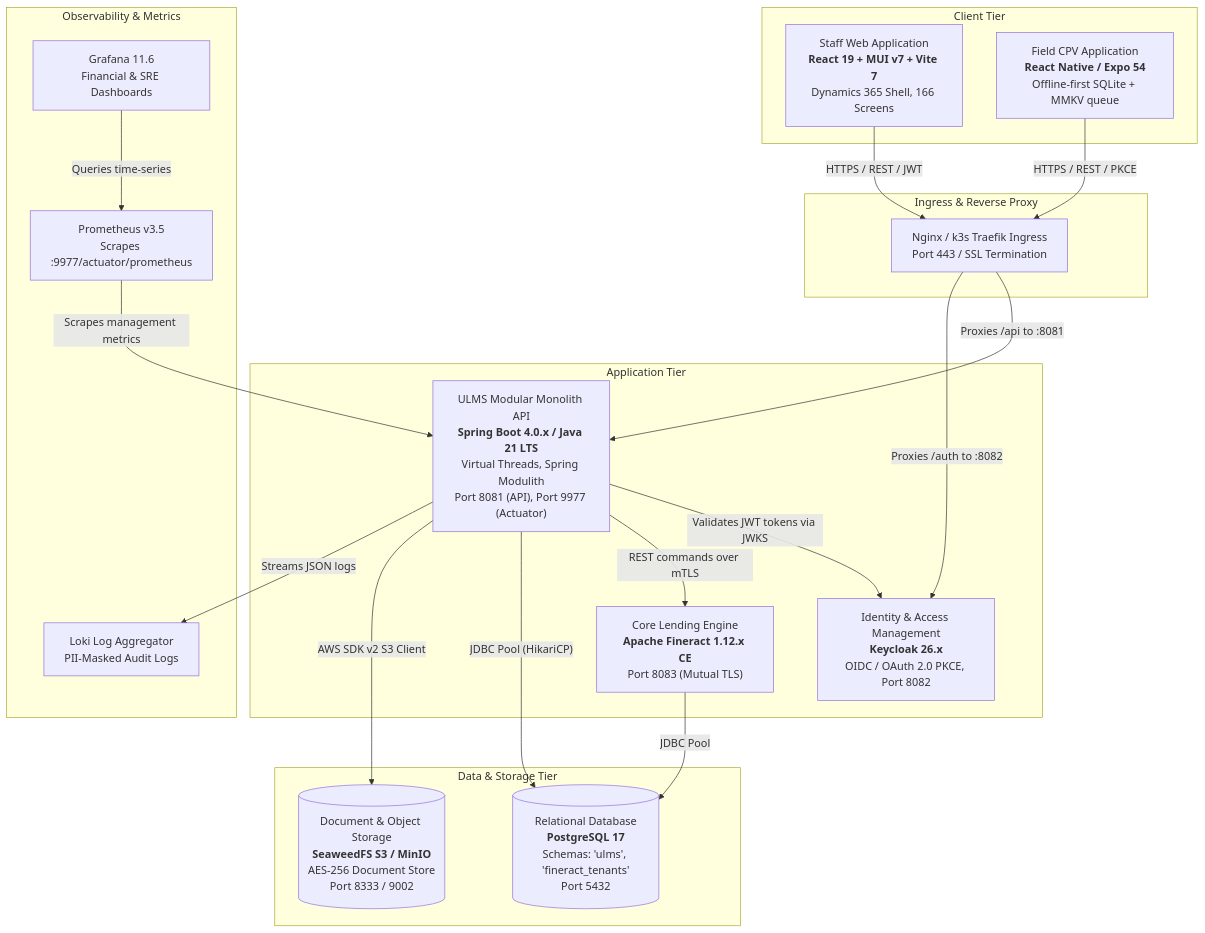
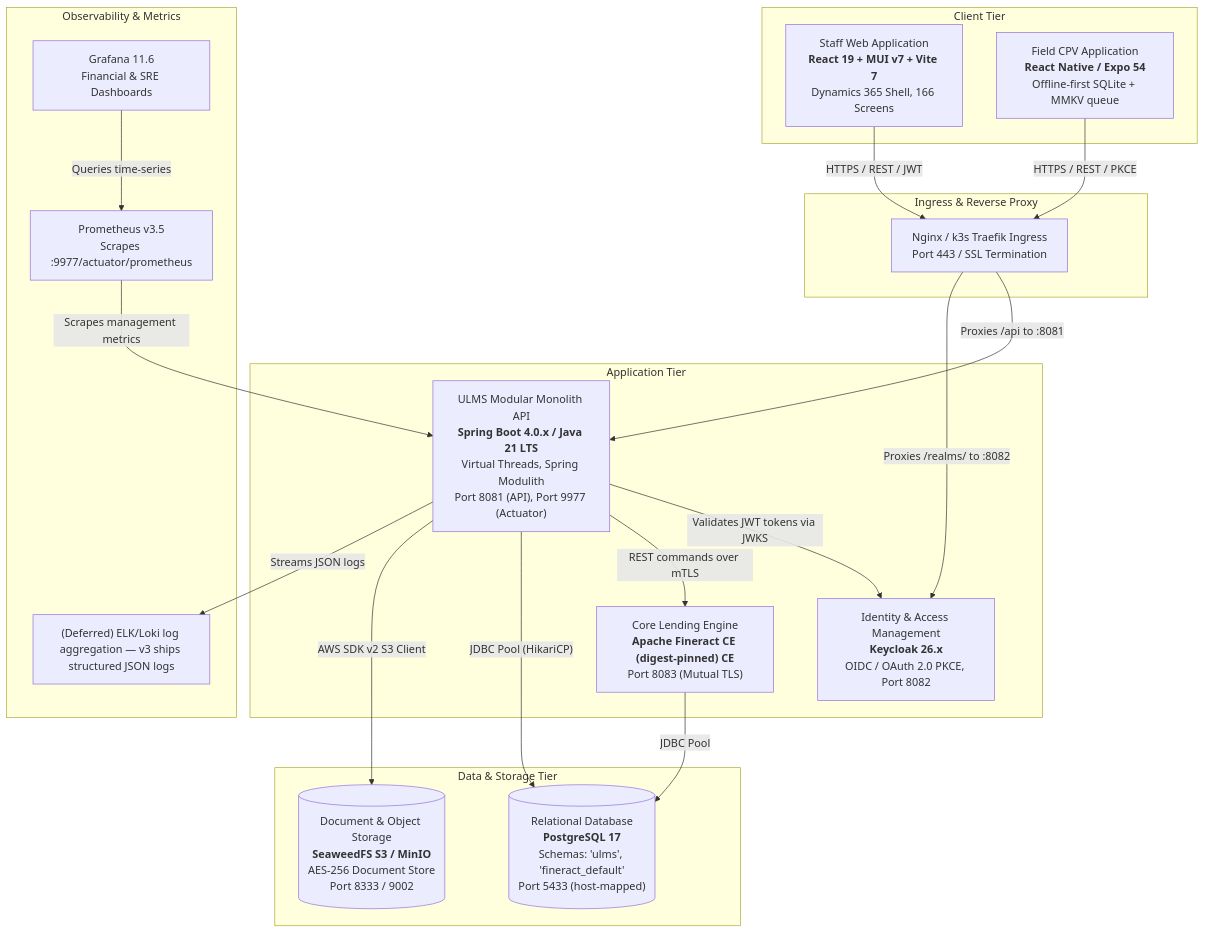
Before and after one commit to maz279/ulms: the second of 3 diagrams in technical_document/01_architecture/DOC-01-ARCH-01_System_Architecture_Blueprint_and_C4_Topology.md, drawn with Mermaid. The commit also changed other lines of this file and 128 other files, not shown here.

````diff
--- a/technical_document/01_architecture/DOC-01-ARCH-01_System_Architecture_Blueprint_and_C4_Topology.md
+++ b/technical_document/01_architecture/DOC-01-ARCH-01_System_Architecture_Blueprint_and_C4_Topology.md
@@ -91,43 +91,43 @@
 ```mermaid
 flowchart TD
     subgraph Client_Tier ["Client Tier"]
         WEB["Staff Web Application<br/><b>React 19 + MUI v7 + Vite 7</b><br/>Dynamics 365 Shell, 166 Screens"]
         MOBILE["Field CPV Application<br/><b>React Native / Expo 54</b><br/>Offline-first SQLite + MMKV queue"]
     end
 
     subgraph Gateway_Tier ["Ingress & Reverse Proxy"]
         NGINX["Nginx / k3s Traefik Ingress<br/>Port 443 / SSL Termination"]
     end
 
     subgraph App_Tier ["Application Tier"]
         API["ULMS Modular Monolith API<br/><b>Spring Boot 4.0.x / Java 21 LTS</b><br/>Virtual Threads, Spring Modulith<br/>Port 8081 (API), Port 9977 (Actuator)"]
-        FINERACT["Core Lending Engine<br/><b>Apache Fineract 1.12.x CE</b><br/>Port 8083 (Mutual TLS)"]
+        FINERACT["Core Lending Engine<br/><b>Apache Fineract CE (digest-pinned) CE</b><br/>Port 8083 (Mutual TLS)"]
         KEYCLOAK["Identity & Access Management<br/><b>Keycloak 26.x</b><br/>OIDC / OAuth 2.0 PKCE, Port 8082"]
     end
 
     subgraph Data_Tier ["Data & Storage Tier"]
-        POSTGRES[("Relational Database<br/><b>PostgreSQL 17</b><br/>Schemas: 'ulms', 'fineract_tenants'<br/>Port 5432")]
+        POSTGRES[("Relational Database<br/><b>PostgreSQL 17</b><br/>Schemas: 'ulms', 'fineract_default'<br/>Port 5433 (host-mapped)")]
         MINIO[("Document & Object Storage<br/><b>SeaweedFS S3 / MinIO</b><br/>AES-256 Document Store<br/>Port 8333 / 9002")]
     end
 
     subgraph Observability_Tier ["Observability & Metrics"]
         PROM["Prometheus v3.5<br/>Scrapes :9977/actuator/prometheus"]
         GRAF["Grafana 11.6<br/>Financial & SRE Dashboards"]
-        LOKI["Loki Log Aggregator<br/>PII-Masked Audit Logs"]
+        LOKI["(Deferred) ELK/Loki log aggregation — v3 ships structured JSON logs"]
     end
 
     WEB -->|"HTTPS / REST / JWT"| NGINX
     MOBILE -->|"HTTPS / REST / PKCE"| NGINX
     NGINX -->|"Proxies /api to :8081"| API
-    NGINX -->|"Proxies /auth to :8082"| KEYCLOAK
+    NGINX -->|"Proxies /realms/ to :8082"| KEYCLOAK
 
     API -->|"Validates JWT tokens via JWKS"| KEYCLOAK
     API -->|"REST commands over mTLS"| FINERACT
     API -->|"JDBC Pool (HikariCP)"| POSTGRES
     FINERACT -->|"JDBC Pool"| POSTGRES
     API -->|"AWS SDK v2 S3 Client"| MINIO
 
     PROM -->|"Scrapes management metrics"| API
     GRAF -->|"Queries time-series"| PROM
     API -->|"Streams JSON logs"| LOKI
 ```
````
